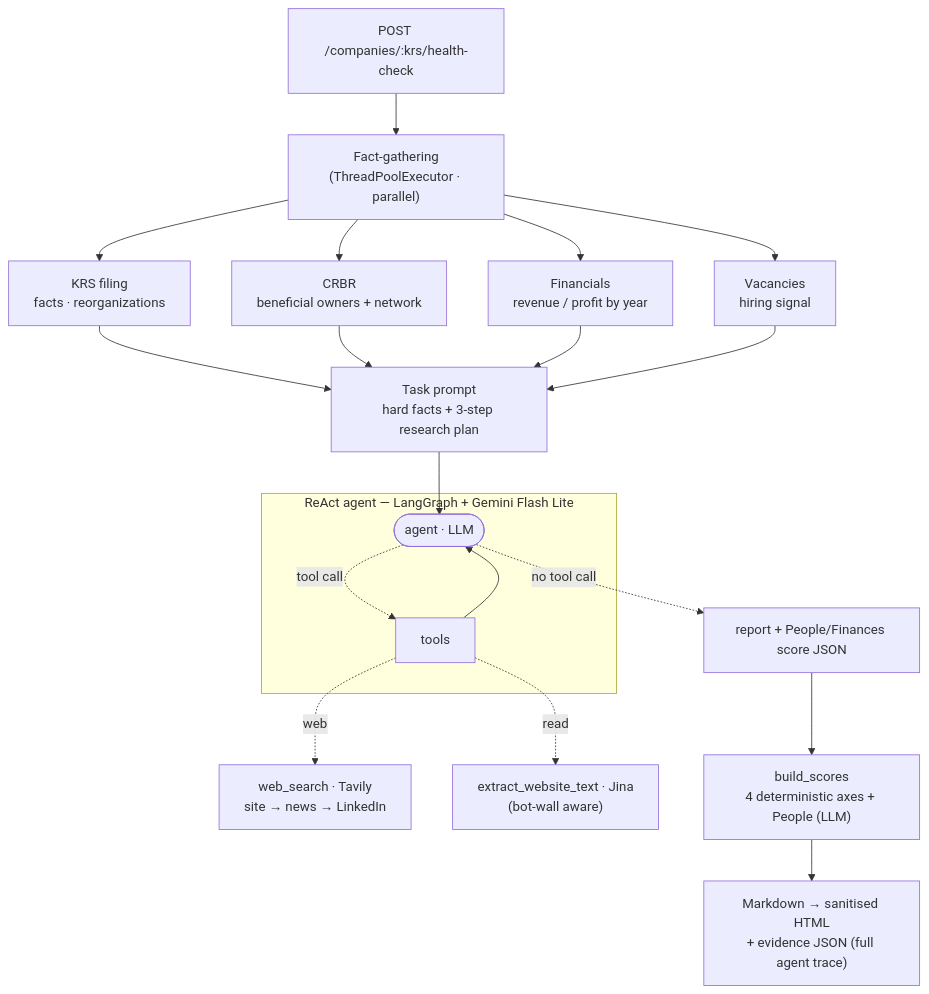
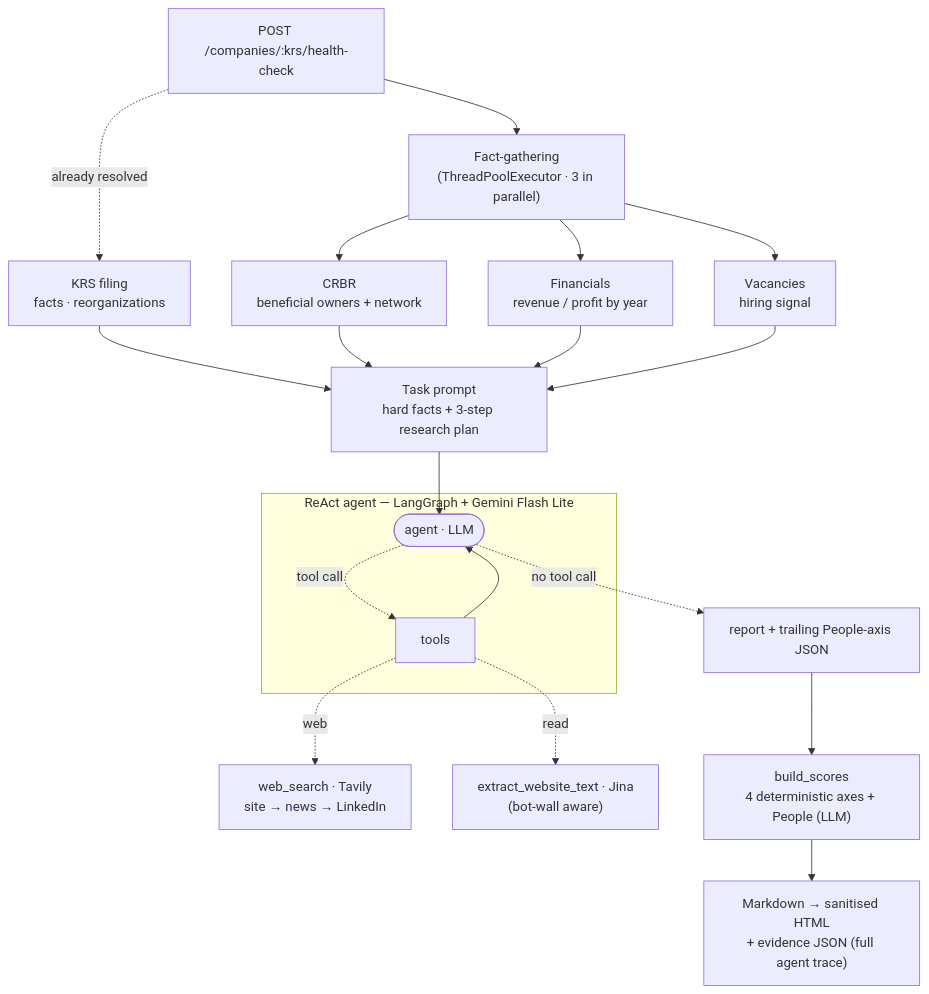
One commit to alexionby/toxic-scanner changed the second of 2 diagrams in README.md. Above: the diagram before and after it, drawn with Mermaid.

Commit message:
docs: fix agent graph — KRS facts are pre-resolved, not gathered in the pool
The fact-gathering ThreadPoolExecutor runs 3 tasks (financials, jobs, CRBR
beneficiaries); KRS filing facts already sit on the resolved company. Also
only the People axis is taken from the LLM (LLM_AXES = ("people",)); finances
is recomputed deterministically in build_scores.

````diff
--- a/README.md
+++ b/README.md
@@ -114,26 +114,26 @@
 ```mermaid
 flowchart TD
-    REQ["POST /companies/:krs/health-check"] --> POOL["Fact-gathering<br/>(ThreadPoolExecutor · parallel)"]
-    POOL --> KRS["KRS filing<br/>facts · reorganizations"]
+    REQ["POST /companies/:krs/health-check"] --> POOL["Fact-gathering<br/>(ThreadPoolExecutor · 3 in parallel)"]
+    REQ -. "already resolved" .-> KRS["KRS filing<br/>facts · reorganizations"]
     POOL --> CRBR["CRBR<br/>beneficial owners + network"]
     POOL --> FIN["Financials<br/>revenue / profit by year"]
     POOL --> JOB["Vacancies<br/>hiring signal"]
 
     KRS --> PROMPT
     CRBR --> PROMPT
     FIN --> PROMPT
     JOB --> PROMPT
     PROMPT["Task prompt<br/>hard facts + 3-step research plan"] --> AGENT
 
     subgraph REACT["ReAct agent — LangGraph + Gemini Flash Lite"]
         AGENT(["agent · LLM"]) -. "tool call" .-> TOOLS["tools"]
         TOOLS --> AGENT
     end
 
     TOOLS -. "web" .-> WS["web_search · Tavily<br/>site → news → LinkedIn"]
     TOOLS -. "read" .-> EX["extract_website_text · Jina<br/>(bot-wall aware)"]
 
-    AGENT -. "no tool call" .-> RAW["report + People/Finances score JSON"]
+    AGENT -. "no tool call" .-> RAW["report + trailing People-axis JSON"]
     RAW --> SCORE["build_scores<br/>4 deterministic axes + People (LLM)"]
     SCORE --> OUT["Markdown → sanitised HTML<br/>+ evidence JSON (full agent trace)"]
 ```
````
